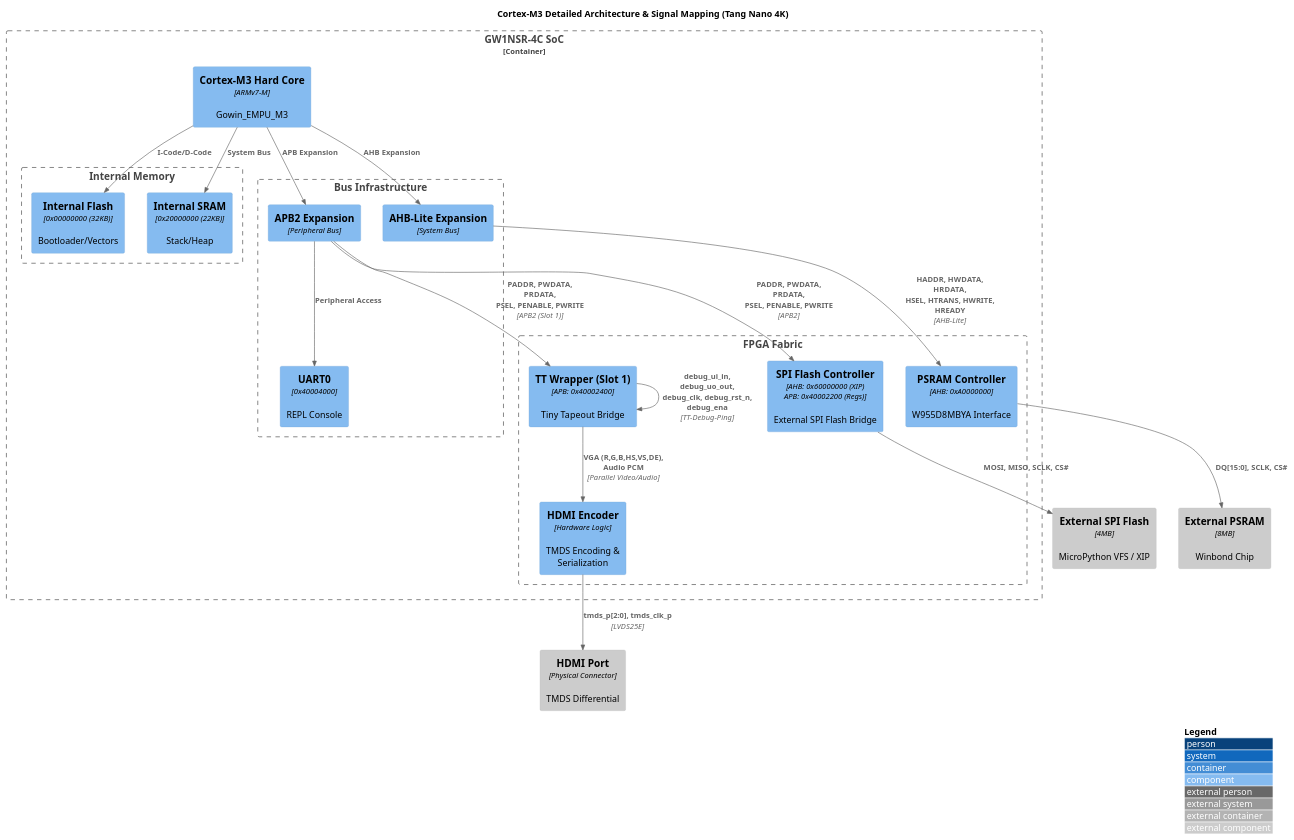
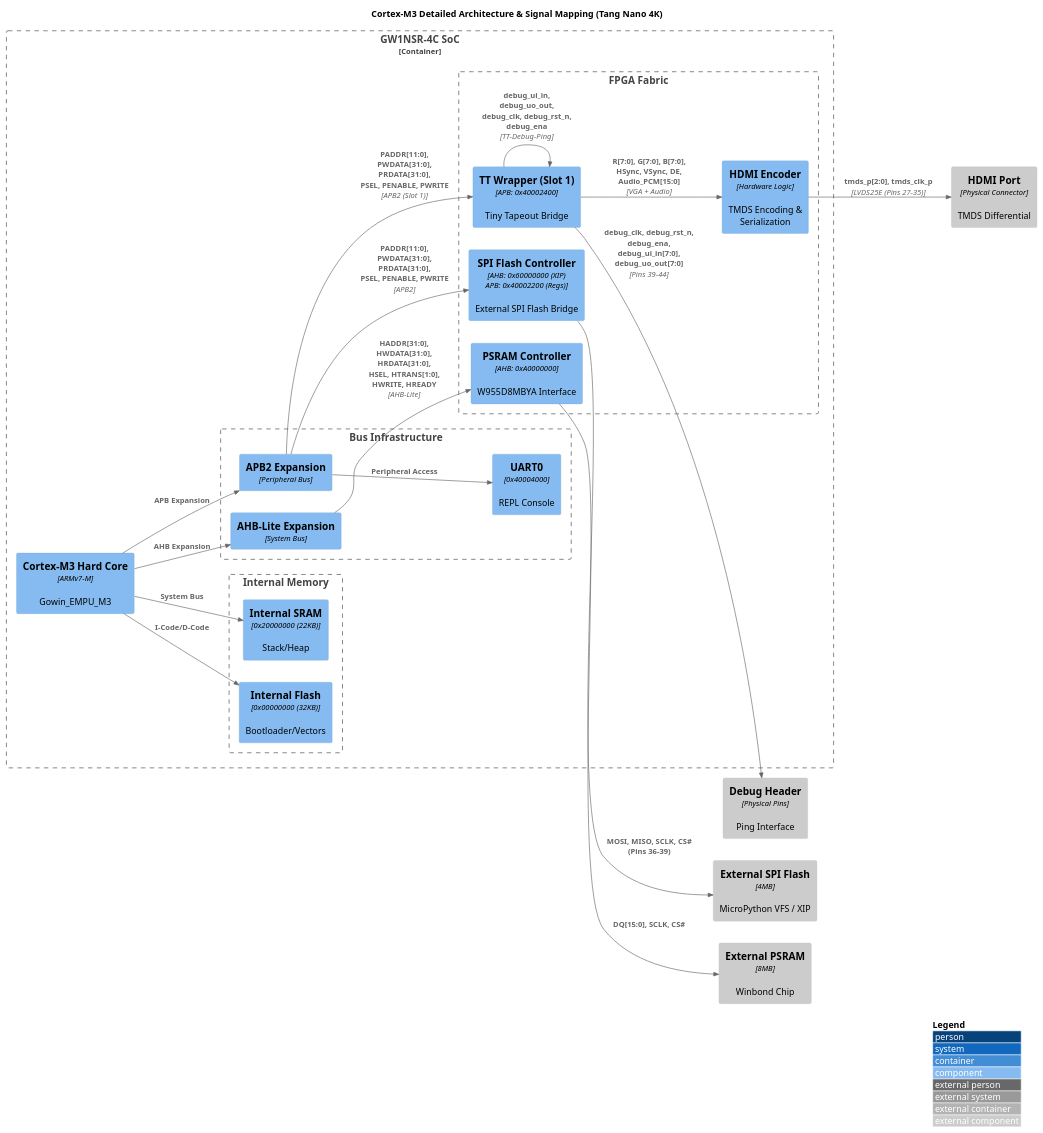
One commit to chatelao/micropython-tang-nano changed the diagram in m3_detailed_architecture.puml. Above: the diagram before and after it, drawn with PlantUML.

Commit message:
Refine M3 detailed architecture PlantUML diagram
Updated `m3_detailed_architecture.puml` with:
- Improved layout using `LAYOUT_LEFT_RIGHT()`.
- Explicit Verilog signal names for AHB-Lite and APB2 buses.
- Clarified memory addresses and physical pin mappings for HDMI and SPI Flash.
- Added debug pin mapping for the Tiny Tapeout debug path.

Verified with `test/verify_structure.py`.

```diff
--- a/m3_detailed_architecture.puml
+++ b/m3_detailed_architecture.puml
@@ -1,57 +1,60 @@
 @startuml m3_detailed_architecture
 !include https://raw.githubusercontent.com/plantuml-office/C4-PlantUML/master/C4_Component.puml
 
+LAYOUT_LEFT_RIGHT()
 LAYOUT_WITH_LEGEND()
 
 title Cortex-M3 Detailed Architecture & Signal Mapping (Tang Nano 4K)
 
 Container_Boundary(soc, "GW1NSR-4C SoC") {
 
     Component(m3, "Cortex-M3 Hard Core", "ARMv7-M", "Gowin_EMPU_M3")
 
     Boundary(m3_mem, "Internal Memory") {
         Component(int_flash, "Internal Flash", "0x00000000 (32KB)", "Bootloader/Vectors")
         Component(int_sram, "Internal SRAM", "0x20000000 (22KB)", "Stack/Heap")
     }
 
     Boundary(bus_matrix, "Bus Infrastructure") {
         Component(ahb, "AHB-Lite Expansion", "System Bus")
         Component(apb, "APB2 Expansion", "Peripheral Bus")
         Component(uart0, "UART0", "0x40004000", "REPL Console")
     }
 
     Boundary(fabric, "FPGA Fabric") {
         Component(psram_ctrl, "PSRAM Controller", "AHB: 0xA0000000", "W955D8MBYA Interface")
         Component(flash_ctrl, "SPI Flash Controller", "AHB: 0x60000000 (XIP)\nAPB: 0x40002200 (Regs)", "External SPI Flash Bridge")
         Component(tt_wrapper, "TT Wrapper (Slot 1)", "APB: 0x40002400", "Tiny Tapeout Bridge")
         Component(hdmi_enc, "HDMI Encoder", "Hardware Logic", "TMDS Encoding & Serialization")
     }
 
     ' M3 Internal Connections
     Rel(m3, int_flash, "I-Code/D-Code")
     Rel(m3, int_sram, "System Bus")
     Rel(m3, ahb, "AHB Expansion")
     Rel(m3, apb, "APB Expansion")
     Rel(apb, uart0, "Peripheral Access")
 
     ' AHB Signal Mapping
-    Rel(ahb, psram_ctrl, "HADDR, HWDATA, HRDATA,\nHSEL, HTRANS, HWRITE, HREADY", "AHB-Lite")
+    Rel(ahb, psram_ctrl, "HADDR[31:0], HWDATA[31:0], HRDATA[31:0],\nHSEL, HTRANS[1:0], HWRITE, HREADY", "AHB-Lite")
 
     ' APB Signal Mapping
-    Rel(apb, flash_ctrl, "PADDR, PWDATA, PRDATA,\nPSEL, PENABLE, PWRITE", "APB2")
-    Rel(apb, tt_wrapper, "PADDR, PWDATA, PRDATA,\nPSEL, PENABLE, PWRITE", "APB2 (Slot 1)")
+    Rel(apb, flash_ctrl, "PADDR[11:0], PWDATA[31:0], PRDATA[31:0],\nPSEL, PENABLE, PWRITE", "APB2")
+    Rel(apb, tt_wrapper, "PADDR[11:0], PWDATA[31:0], PRDATA[31:0],\nPSEL, PENABLE, PWRITE", "APB2 (Slot 1)")
 
     ' FPGA External/Internal Signal Mapping
-    Rel(tt_wrapper, hdmi_enc, "VGA (R,G,B,HS,VS,DE),\nAudio PCM", "Parallel Video/Audio")
+    Rel(tt_wrapper, hdmi_enc, "R[7:0], G[7:0], B[7:0],\nHSync, VSync, DE, Audio_PCM[15:0]", "VGA + Audio")
     Rel(tt_wrapper, tt_wrapper, "debug_ui_in, debug_uo_out,\ndebug_clk, debug_rst_n, debug_ena", "TT-Debug-Ping")
 }
 
 Component_Ext(ext_psram, "External PSRAM", "8MB", "Winbond Chip")
 Component_Ext(ext_flash, "External SPI Flash", "4MB", "MicroPython VFS / XIP")
 Component_Ext(hdmi_port, "HDMI Port", "Physical Connector", "TMDS Differential")
+Component_Ext(debug_pins, "Debug Header", "Physical Pins", "Ping Interface")
 
 Rel(psram_ctrl, ext_psram, "DQ[15:0], SCLK, CS#")
-Rel(flash_ctrl, ext_flash, "MOSI, MISO, SCLK, CS#")
-Rel(hdmi_enc, hdmi_port, "tmds_p[2:0], tmds_clk_p", "LVDS25E")
+Rel(flash_ctrl, ext_flash, "MOSI, MISO, SCLK, CS# (Pins 36-39)")
+Rel(hdmi_enc, hdmi_port, "tmds_p[2:0], tmds_clk_p", "LVDS25E (Pins 27-35)")
+Rel(tt_wrapper, debug_pins, "debug_clk, debug_rst_n, debug_ena,\ndebug_ui_in[7:0], debug_uo_out[7:0]", "Pins 39-44")
 
 @enduml
```
